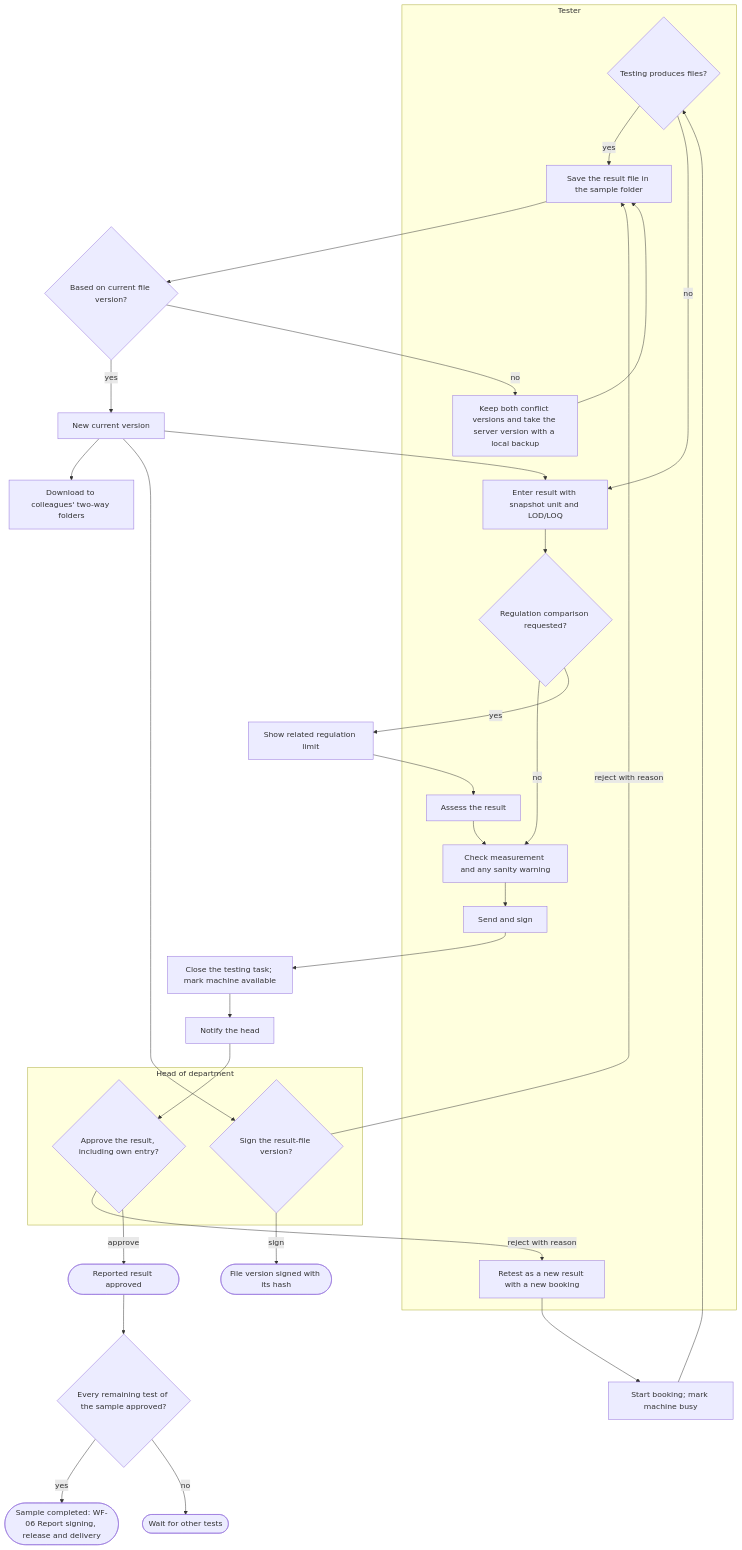
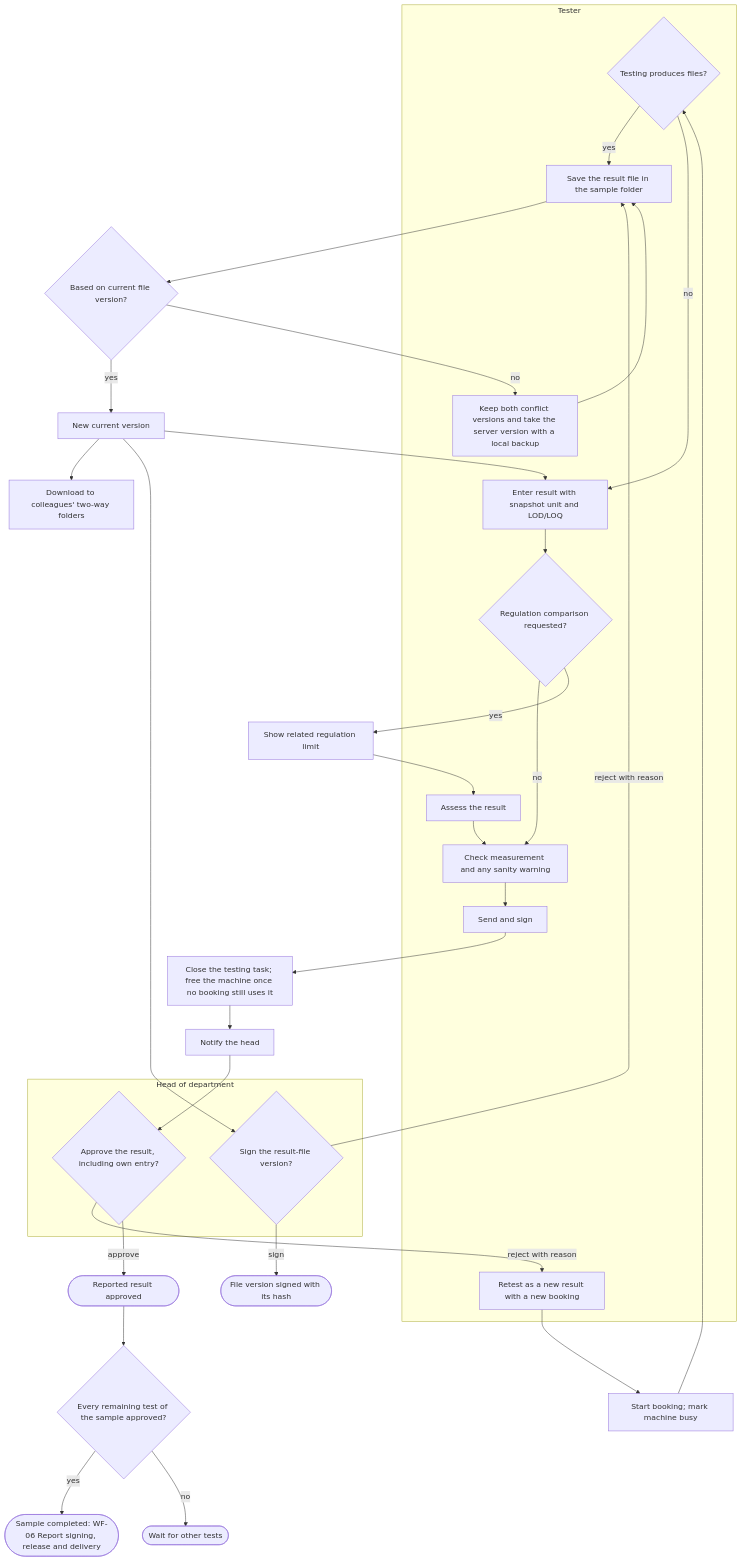
Before and after one commit to SoltuneMontepre/medilab: the fourth of 17 diagrams in docs/functional/business-flows.md, drawn with Mermaid. The commit also changed other lines of this file and 10 other files, not shown here.

````diff
--- a/docs/functional/business-flows.md
+++ b/docs/functional/business-flows.md
@@ -202,35 +202,35 @@
 ```mermaid
 flowchart TD
     subgraph lane10 ["Tester"]
         files{Testing produces files?}
         t2[Enter result with snapshot unit and LOD/LOQ]
         t2 --> q{Regulation comparison requested?}
         t3[Assess the result]
         q -->|no| t4[Check measurement and any sanity warning]
         t3 --> t4 --> t5[Send and sign]
         t6[Retest as a new result with a new booking]
         f1[Save the result file in the sample folder]
         f2[Keep both conflict versions and take the server version with a local backup]
     end
     subgraph lane11 ["Head of department"]
         h1{Approve the result, including own entry?}
         h2{Sign the result-file version?}
     end
     start[Start booking; mark machine busy] --> files
     files -->|yes| f1 --> current{Based on current file version?}
     files -->|no| t2
     current -->|yes| version[New current version]
     current -->|no| f2 --> f1
     version --> t2
     version --> others[Download to colleagues' two-way folders]
     version --> h2
     h2 -->|reject with reason| f1
     h2 -->|sign| signedfile([File version signed with its hash])
     q -->|yes| limit[Show related regulation limit] --> t3
-    t5 --> free[Close the testing task; mark machine available] --> notify[Notify the head] --> h1
+    t5 --> free[Close the testing task; free the machine once no booking still uses it] --> notify[Notify the head] --> h1
     h1 -->|reject with reason| t6 --> start
     h1 -->|approve| done([Reported result approved])
     done --> every{Every remaining test of the sample approved?}
     every -->|yes| wf06([Sample completed: WF-06 Report signing, release and delivery])
     every -->|no| wait([Wait for other tests])
 ```
````
